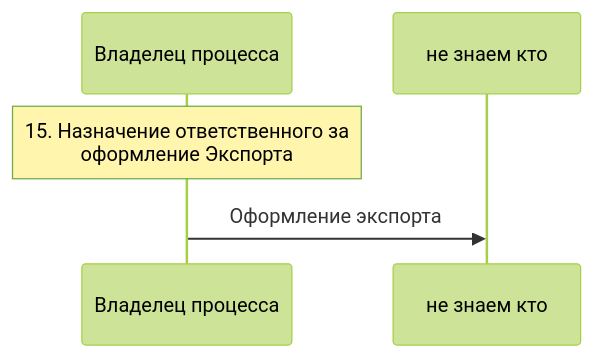
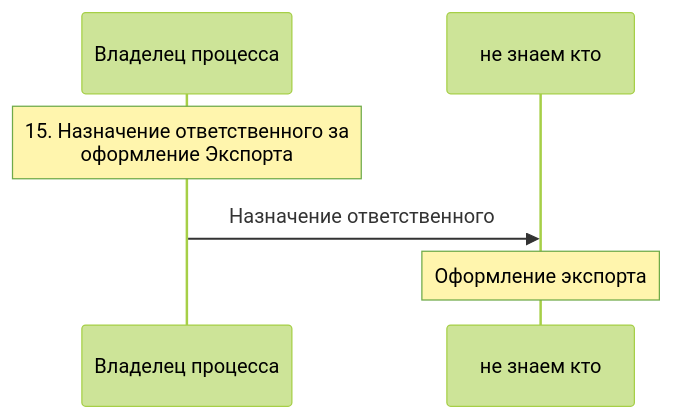
One commit to vlad78831457/orb-work changed the first of 3 diagrams in inst/md-out/pro/r09-oformlenie-eksporta/index.md. Above: the diagram before and after it, drawn with Mermaid (forest theme). The commit also changed other lines of this file and 86 other files, not shown here.

````diff
--- a/inst/md-out/pro/r09-oformlenie-eksporta/index.md
+++ b/inst/md-out/pro/r09-oformlenie-eksporta/index.md
@@ -14,7 +14,8 @@
 ```mermaid
 sequenceDiagram
   participant r_vladelets as Владелец процесса
   participant r_none as не знаем кто
   Note over r_vladelets: 15. Назначение ответственного за<br/>оформление Экспорта
-  r_vladelets->>r_none: Оформление экспорта
+  r_vladelets->>r_none: Назначение ответственного
+  Note over r_none: Оформление экспорта
 ```
````
